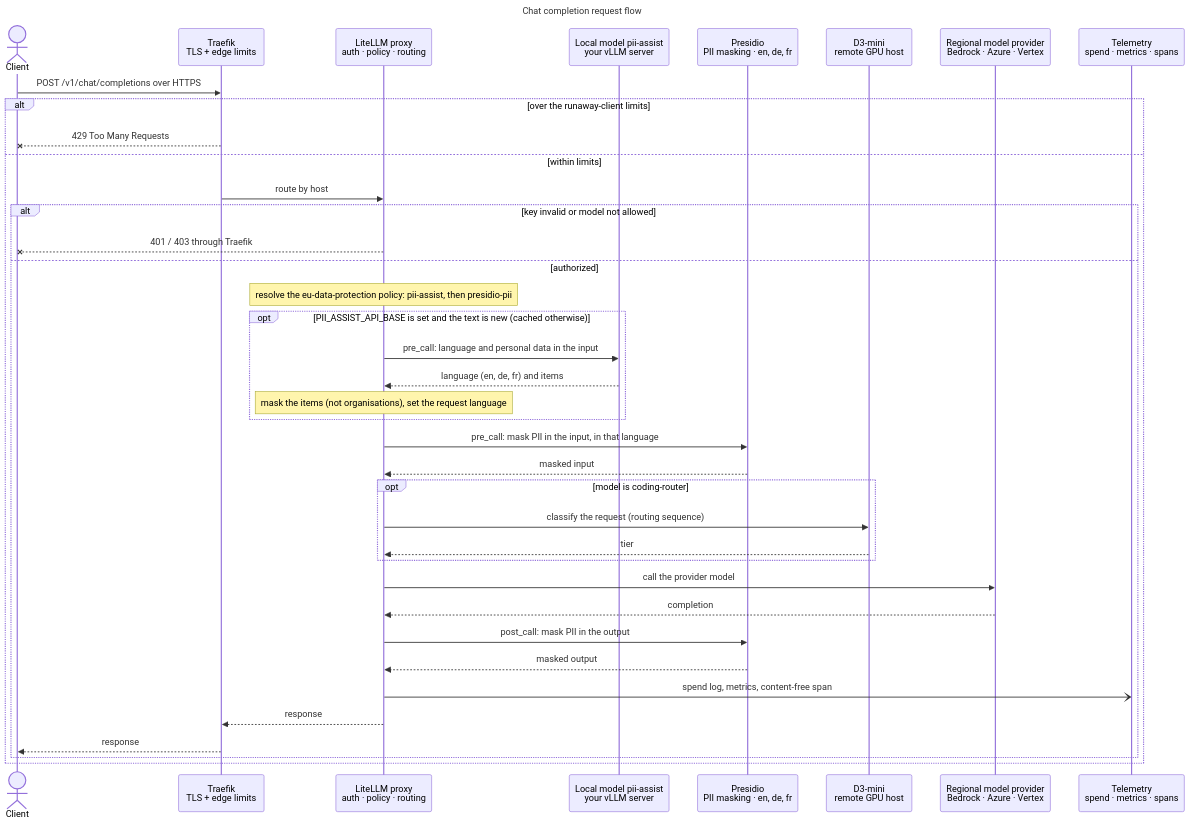
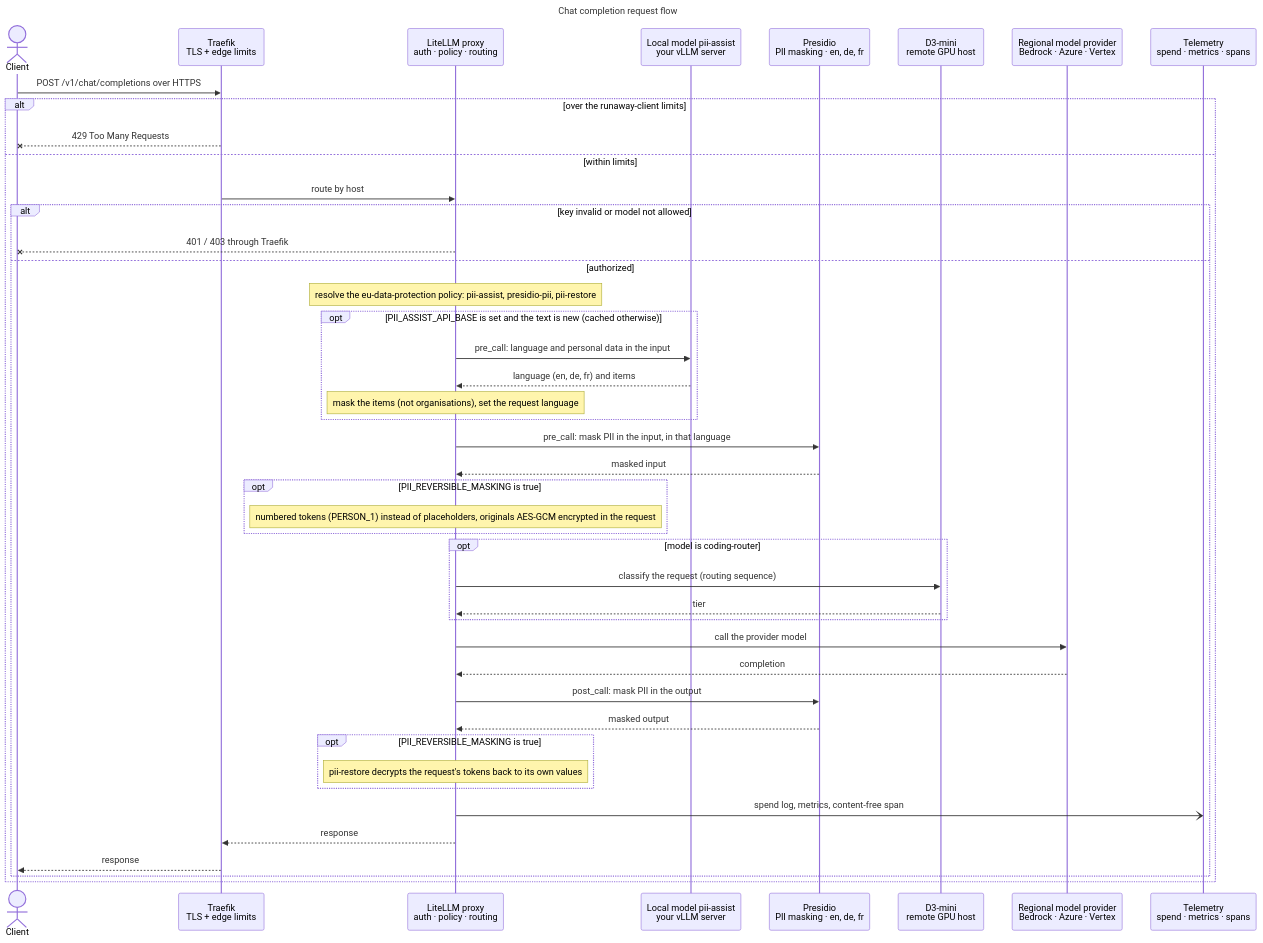
Before and after one commit to bella-1337/effective-spoon: the diagram in diagrams/10-chat-request-flow.mmd, drawn with Mermaid. The commit also changed 14 other files, not shown here.

First line of the commit message:
Add reversible PII masking: tokens to the provider, originals restored in the response

```diff
--- a/diagrams/10-chat-request-flow.mmd
+++ b/diagrams/10-chat-request-flow.mmd
@@ -1,49 +1,55 @@
 ---
 title: Chat completion request flow
 ---
 sequenceDiagram
   %% Source for 10-chat-request-flow.html. Edit this file, then run ./scripts/render-diagrams.py.
   %% Directives: docs in diagrams/README.md (Updating diagrams).
   %% @subtitle From the client's HTTPS call to the response, through edge limits, authentication, policy, PII masking, routing, and telemetry
   %% @type cloud: TR
   %% @type security: PR
   %% @type external: D3 EUP VLM
   %% @type database: OBS
   actor C as Client
   participant TR as Traefik<br/>TLS + edge limits
   participant LL as LiteLLM proxy<br/>auth · policy · routing
   participant VLM as Local model pii-assist<br/>your vLLM server
   participant PR as Presidio<br/>PII masking · en, de, fr
   participant D3 as D3-mini<br/>remote GPU host
   participant EUP as Regional model provider<br/>Bedrock · Azure · Vertex
   participant OBS as Telemetry<br/>spend · metrics · spans
 
   C->>TR: POST /v1/chat/completions over HTTPS
   alt over the runaway-client limits
     TR--xC: 429 Too Many Requests
   else within limits
     TR->>LL: route by host
     alt key invalid or model not allowed
       LL--xC: 401 / 403 through Traefik
     else authorized
-      Note over LL: resolve the eu-data-protection policy: pii-assist, then presidio-pii
+      Note over LL: resolve the eu-data-protection policy: pii-assist, presidio-pii, pii-restore
       opt PII_ASSIST_API_BASE is set and the text is new (cached otherwise)
         LL->>VLM: pre_call: language and personal data in the input
         VLM-->>LL: language (en, de, fr) and items
         Note over LL: mask the items (not organisations), set the request language
       end
       LL->>PR: pre_call: mask PII in the input, in that language
       PR-->>LL: masked input
+      opt PII_REVERSIBLE_MASKING is true
+        Note over LL: numbered tokens (PERSON_1) instead of placeholders, originals AES-GCM encrypted in the request
+      end
       opt model is coding-router
         LL->>D3: classify the request (routing sequence)
         D3-->>LL: tier
       end
       LL->>EUP: call the provider model
       EUP-->>LL: completion
       LL->>PR: post_call: mask PII in the output
       PR-->>LL: masked output
+      opt PII_REVERSIBLE_MASKING is true
+        Note over LL: pii-restore decrypts the request's tokens back to its own values
+      end
       LL-)OBS: spend log, metrics, content-free span
       LL-->>TR: response
       TR-->>C: response
     end
   end
```
